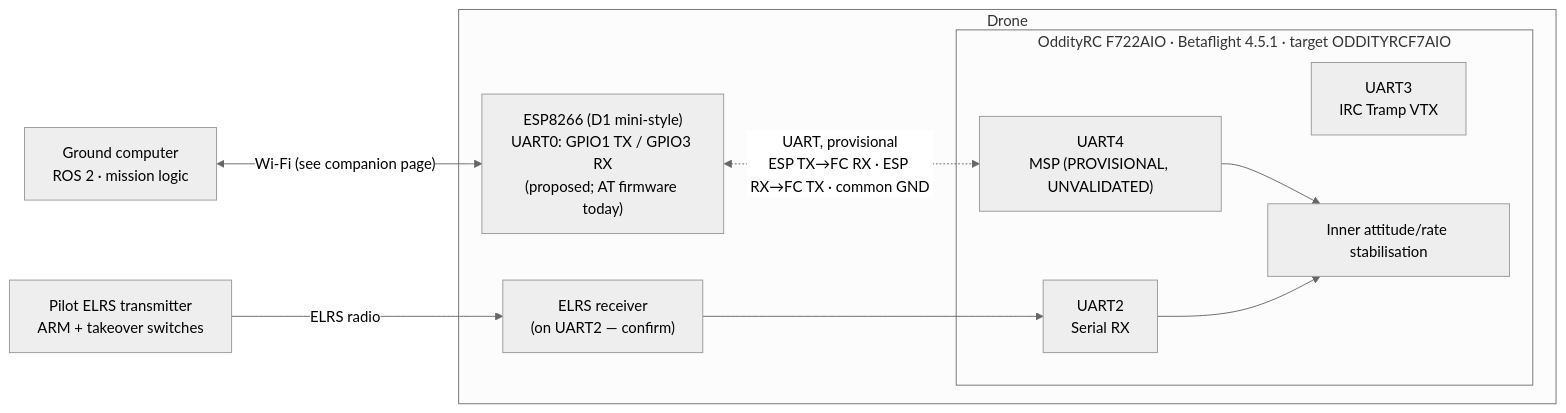
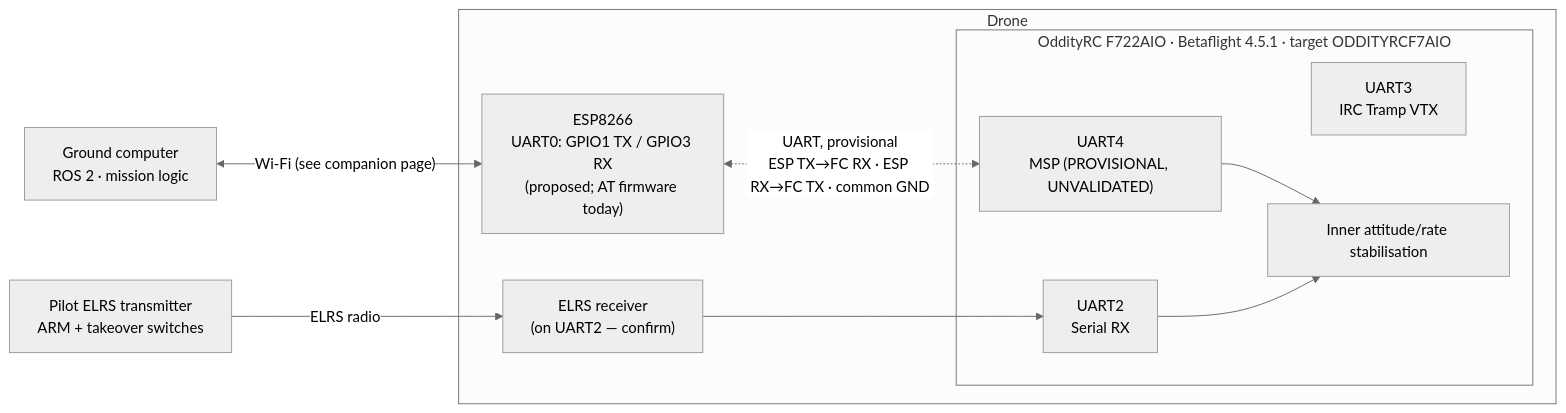
Before and after one commit to SEAME-pt/SEA-ME_Team1_ROSRangers: the diagram in docs/Communication/ESP_to_FC.md, drawn with Mermaid (neutral theme). The commit also changed other lines of this file and 42 other files, not shown here.

````diff
--- a/docs/Communication/ESP_to_FC.md
+++ b/docs/Communication/ESP_to_FC.md
@@ -133,22 +133,22 @@
 ```mermaid
 flowchart LR
     GC["Ground computer<br/>ROS 2 · mission logic"]
     subgraph DRONE["Drone"]
-        ESP["ESP8266 (D1 mini-style)<br/>UART0: GPIO1 TX / GPIO3 RX<br/>(proposed; AT firmware today)"]
+        ESP["ESP8266<br/>UART0: GPIO1 TX / GPIO3 RX<br/>(proposed; AT firmware today)"]
         subgraph FC["OddityRC F722AIO · Betaflight 4.5.1 · target ODDITYRCF7AIO"]
             U4["UART4<br/>MSP (PROVISIONAL, UNVALIDATED)"]
             U2["UART2<br/>Serial RX"]
             U3["UART3<br/>IRC Tramp VTX"]
             CORE["Inner attitude/rate stabilisation"]
             U4 --> CORE
             U2 --> CORE
         end
         RX["ELRS receiver<br/>(on UART2 — confirm)"]
     end
     PILOT["Pilot ELRS transmitter<br/>ARM + takeover switches"]
 
     GC <-- "Wi-Fi (see companion page)" --> ESP
     ESP <-. "UART, provisional<br/>ESP TX→FC RX · ESP RX→FC TX · common GND" .-> U4
     PILOT -- "ELRS radio" --> RX
     RX --> U2
 ```
````
